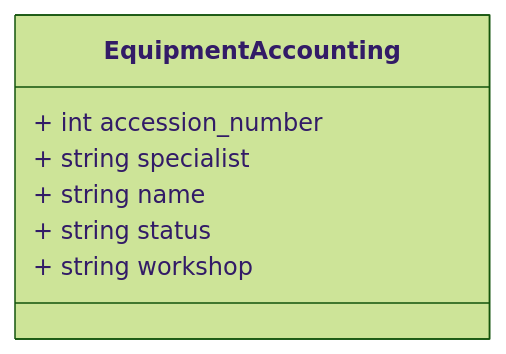
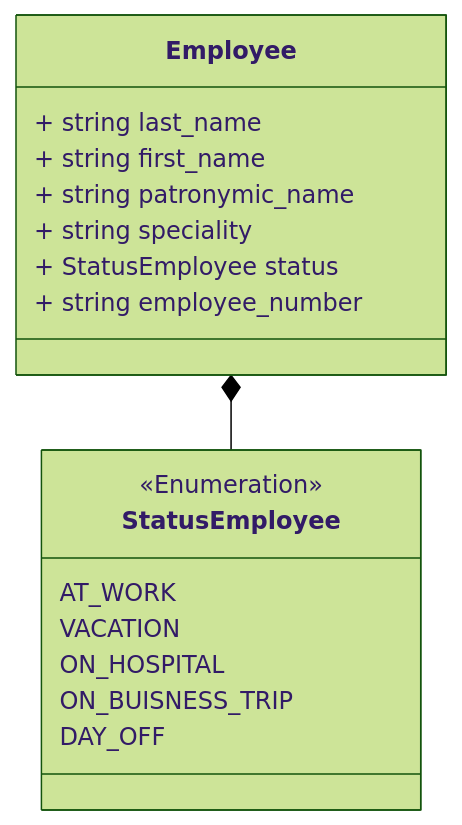
The fifth of 5 diagrams in class_diagram.md (it-top-shambala/Planner), drawn with Mermaid (forest theme) before and after one commit. The commit also changed other lines of this file, not shown here.

````diff
--- a/class_diagram.md
+++ b/class_diagram.md
@@ -83,11 +90,21 @@
 ```mermaid
 classDiagram
-    class EquipmentAccounting {
-        + int accession_number
-        + string specialist
-        + string name
-        + string status
-        + string workshop
+    class StatusEmployee {
+        <<Enumeration>>
+        AT_WORK
+        VACATION
+        ON_HOSPITAL
+        ON_BUISNESS_TRIP
+        DAY_OFF
     }
 
+    Employee *-- StatusEmployee
+    class Employee{
+        + string last_name
+        + string first_name
+        + string patronymic_name
+        + string speciality
+        + StatusEmployee status
+        + string employee_number
+    }
 ```
````
